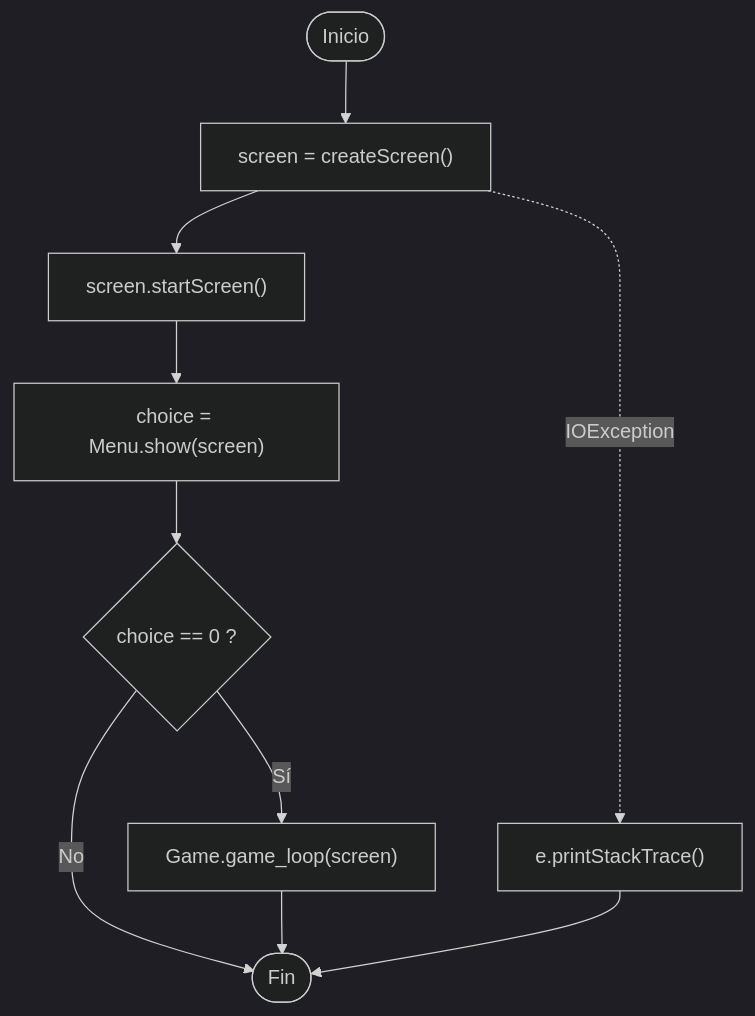
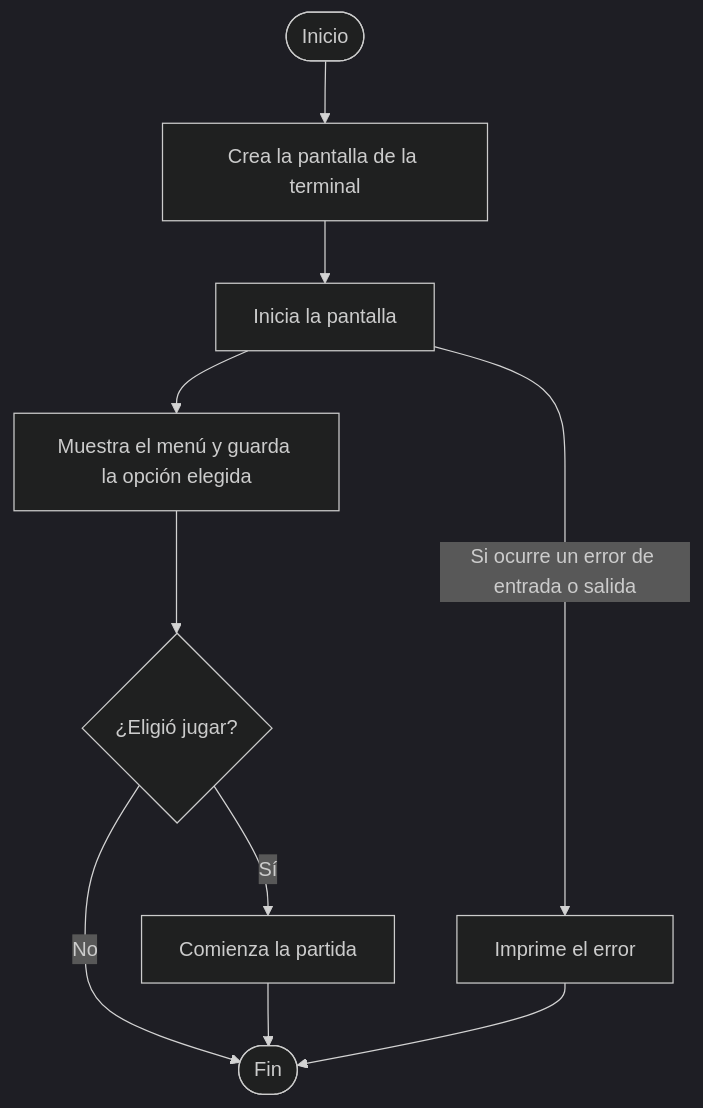
Before and after one commit to 8ismel6/1MD-ProyectoFinal: the second of 33 diagrams in README.md, drawn with Mermaid (dark theme). The commit also changed other lines of this file and 1 other file, not shown here.

````diff
--- a/README.md
+++ b/README.md
@@ -307,11 +303,12 @@
 ```mermaid
 flowchart TD
-A(["Inicio"]) --> B["screen = createScreen()"]
-B --> C["screen.startScreen()"]
-C --> D["choice = Menu.show(screen)"]
-D --> E{"choice == 0 ?"}
-E -- "Sí" --> F["Game.game_loop(screen)"]
+A(["Inicio"]) --> B["Crea la pantalla de la terminal"]
+B --> C["Inicia la pantalla"]
+C --> D["Muestra el menú y guarda la opción elegida"]
+D --> E{"¿Eligió jugar?"}
+E -- "Sí" --> F["Comienza la partida"]
 E -- "No" --> G(["Fin"])
 F --> G
-B -. "IOException" .-> H["e.printStackTrace()"] --> G
+C -- "Si ocurre un error de entrada o salida" --> H["Imprime el error"]
+H --> G
 ```
````
